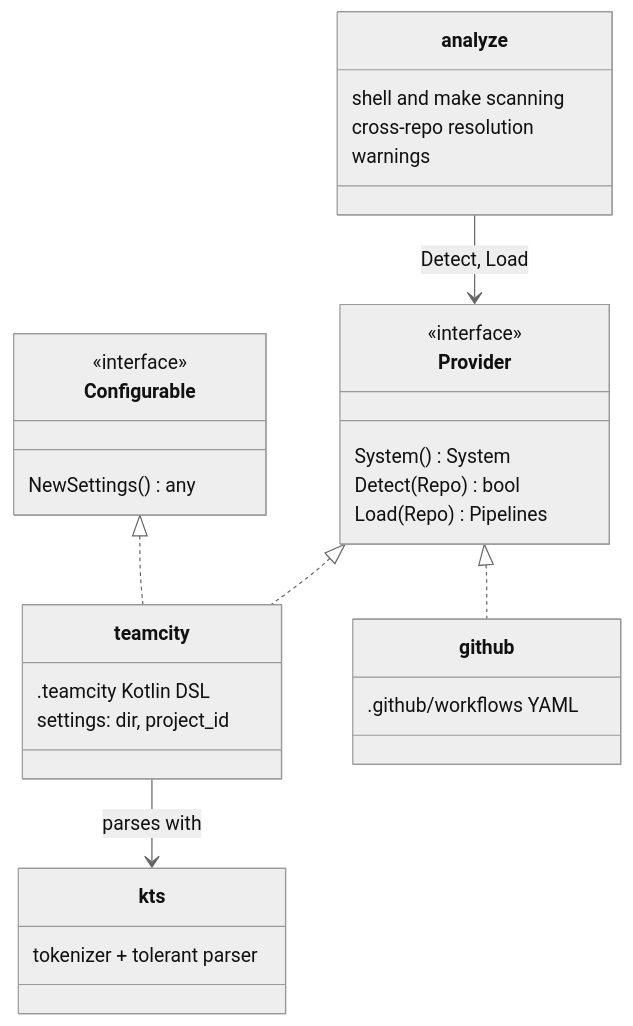
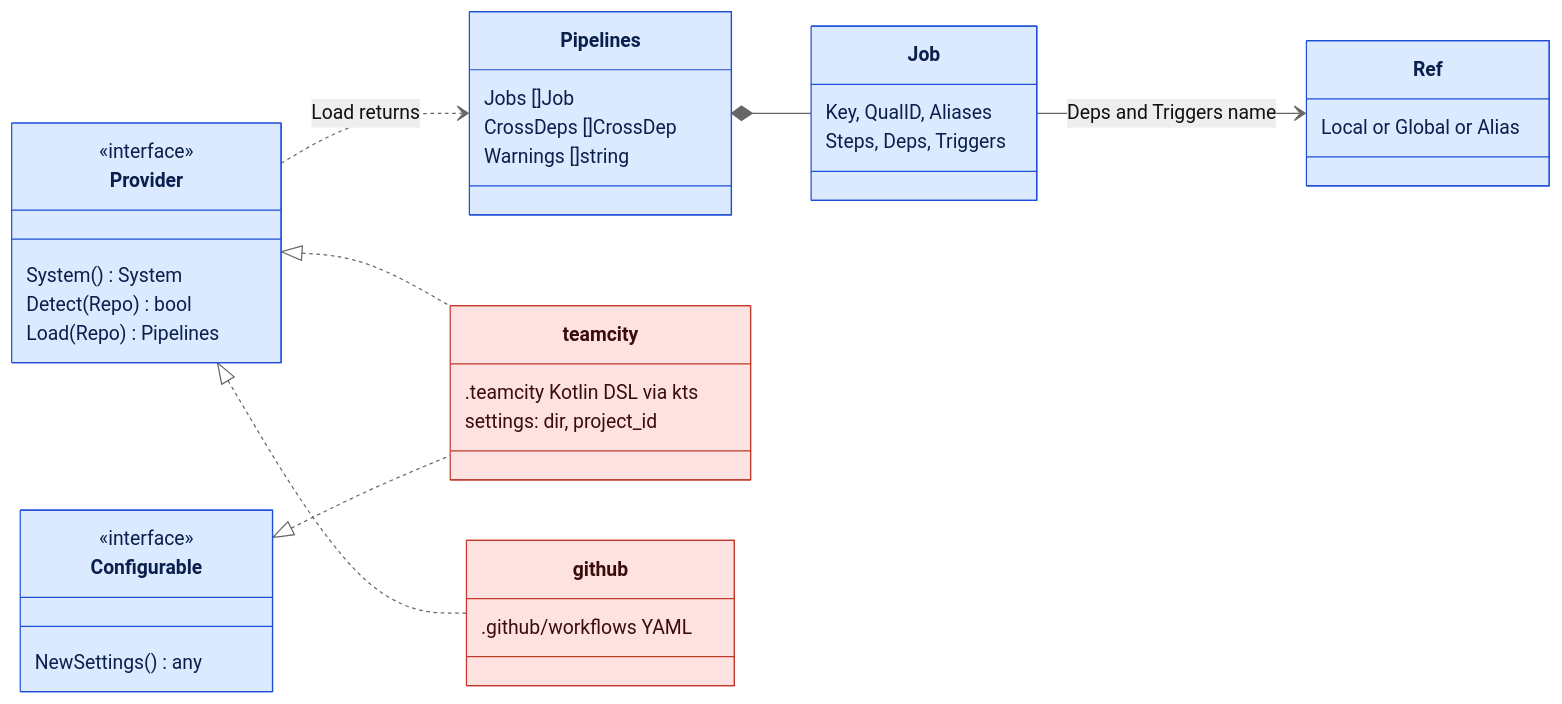
The fourth of 10 diagrams in docs/architecture.md (Avicted/tools.pipeline-graph), drawn with Mermaid (neutral theme) before and after one commit. The commit also changed other lines of this file, not shown here.

Commit message:
docs(architecture): redraw with trust boundaries, domain model, runtime and CI/CD

````diff
--- a/docs/architecture.md
+++ b/docs/architecture.md
@@ -66,33 +168,47 @@
 ```mermaid
 classDiagram
+    direction LR
     class Provider {
         <<interface>>
         System() System
         Detect(Repo) bool
         Load(Repo) Pipelines
     }
     class Configurable {
         <<interface>>
         NewSettings() any
     }
+    class Pipelines {
+        Jobs []Job
+        CrossDeps []CrossDep
+        Warnings []string
+    }
+    class Job {
+        Key, QualID, Aliases
+        Steps, Deps, Triggers
+    }
+    class Ref {
+        Local or Global or Alias
+    }
     class teamcity {
-        .teamcity Kotlin DSL
+        .teamcity Kotlin DSL via kts
         settings: dir, project_id
     }
     class github {
         .github/workflows YAML
     }
-    class kts {
-        tokenizer + tolerant parser
-    }
-    class analyze {
-        shell and make scanning
-        cross-repo resolution
-        warnings
-    }
     Provider <|.. teamcity
     Provider <|.. github
     Configurable <|.. teamcity
-    teamcity --> kts : parses with
-    analyze --> Provider : Detect, Load
+    Provider ..> Pipelines : Load returns
+    Pipelines *-- Job
+    Job --> Ref : Deps and Triggers name
+
+    style Provider fill:#dbeafe,stroke:#1d4ed8,color:#0b1f4d
+    style Configurable fill:#dbeafe,stroke:#1d4ed8,color:#0b1f4d
+    style Pipelines fill:#dbeafe,stroke:#1d4ed8,color:#0b1f4d
+    style Job fill:#dbeafe,stroke:#1d4ed8,color:#0b1f4d
+    style Ref fill:#dbeafe,stroke:#1d4ed8,color:#0b1f4d
+    style teamcity fill:#fde2e1,stroke:#c0392b,color:#3b0d0a
+    style github fill:#fde2e1,stroke:#c0392b,color:#3b0d0a
 ```
````
